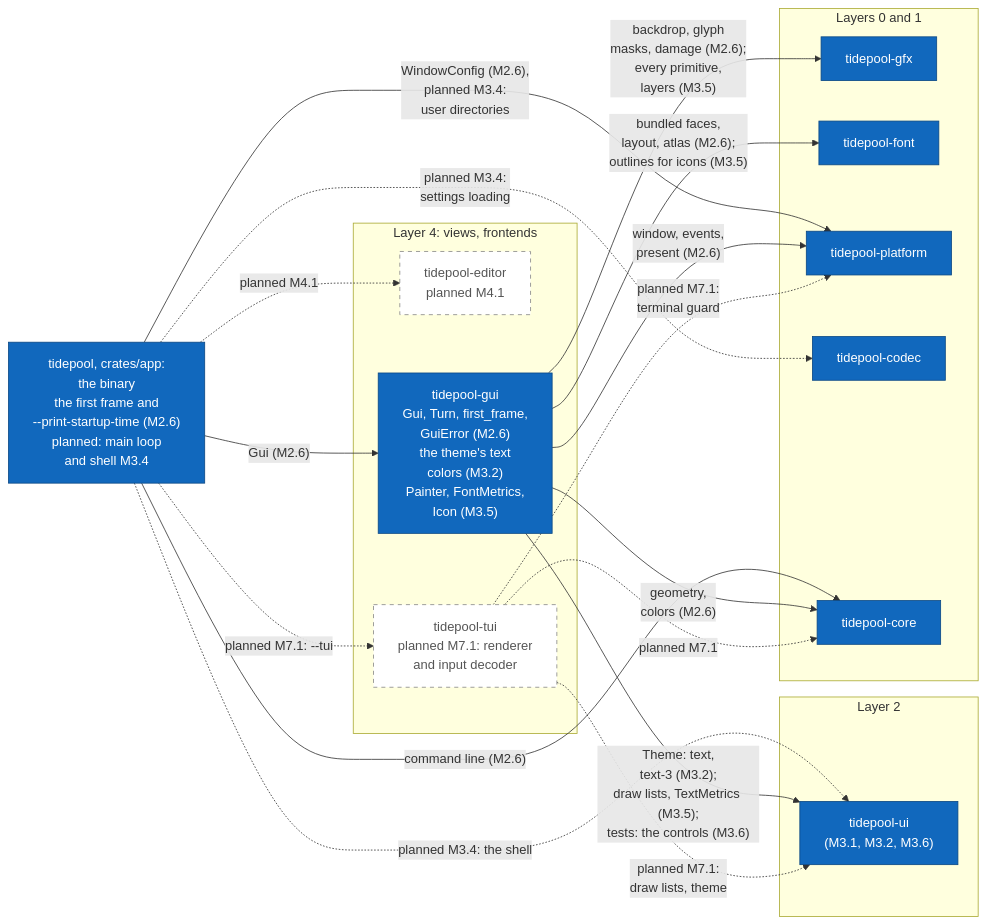
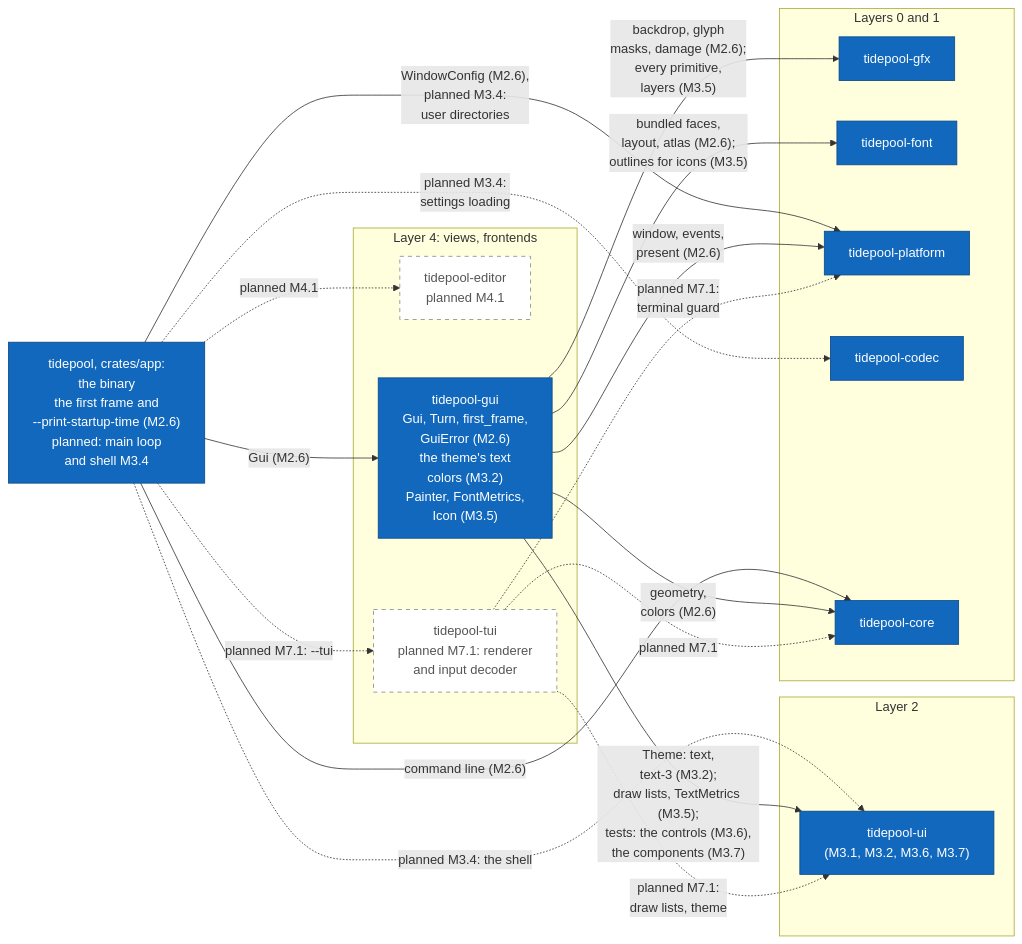
The tenth of 17 diagrams in diagrams/c4-architecture.md (jabbott-iii/Tidepool), drawn with Mermaid before and after one commit. The commit also changed other lines of this file and 55 other files, not shown here.

````diff
--- a/diagrams/c4-architecture.md
+++ b/diagrams/c4-architecture.md
@@ -536,40 +538,40 @@
 ```mermaid
 flowchart LR
     k_app["tidepool, crates/app:<br/>the binary<br/>the first frame and<br/>--print-startup-time (M2.6)<br/>planned: main loop<br/>and shell M3.4"]
     subgraph L4["Layer 4: views, frontends"]
         k_editor["tidepool-editor<br/>planned M4.1"]
         k_gui["tidepool-gui<br/>Gui, Turn, first_frame,<br/>GuiError (M2.6)<br/>the theme's text<br/>colors (M3.2)<br/>Painter, FontMetrics,<br/>Icon (M3.5)"]
         k_tui["tidepool-tui<br/>planned M7.1: renderer<br/>and input decoder"]
     end
     subgraph L2["Layer 2"]
-        k_ui["tidepool-ui<br/>(M3.1, M3.2, M3.6)"]
+        k_ui["tidepool-ui<br/>(M3.1, M3.2, M3.6, M3.7)"]
     end
     subgraph L01["Layers 0 and 1"]
         k_gfx["tidepool-gfx"]
         k_font["tidepool-font"]
         k_platform["tidepool-platform"]
         k_codec["tidepool-codec"]
         k_core["tidepool-core"]
     end
 
     k_app -->|"Gui (M2.6)"| k_gui
     k_app -.->|"planned M7.1: --tui"| k_tui
     k_app -.->|"planned M4.1"| k_editor
     k_app -.->|"planned M3.4: the shell"| k_ui
     k_app -.->|"planned M3.4:<br/>settings loading"| k_codec
     k_app -->|"WindowConfig (M2.6),<br/>planned M3.4:<br/>user directories"| k_platform
     k_app -->|"command line (M2.6)"| k_core
     k_gui -->|"geometry,<br/>colors (M2.6)"| k_core
     k_gui -->|"window, events,<br/>present (M2.6)"| k_platform
     k_gui -->|"backdrop, glyph<br/>masks, damage (M2.6);<br/>every primitive,<br/>layers (M3.5)"| k_gfx
     k_gui -->|"bundled faces,<br/>layout, atlas (M2.6);<br/>outlines for icons (M3.5)"| k_font
-    k_gui -->|"Theme: text,<br/>text-3 (M3.2);<br/>draw lists, TextMetrics (M3.5);<br/>tests: the controls (M3.6)"| k_ui
+    k_gui -->|"Theme: text,<br/>text-3 (M3.2);<br/>draw lists, TextMetrics (M3.5);<br/>tests: the controls (M3.6),<br/>the components (M3.7)"| k_ui
     k_tui -.->|"planned M7.1"| k_core
     k_tui -.->|"planned M7.1:<br/>terminal guard"| k_platform
     k_tui -.->|"planned M7.1:<br/>draw lists, theme"| k_ui
 
     classDef built fill:#1168bd,stroke:#0b4884,color:#ffffff
     classDef planned fill:#ffffff,stroke:#888888,stroke-dasharray: 5 5,color:#555555
     class k_app,k_gui,k_platform,k_codec,k_gfx,k_font,k_core,k_ui built
     class k_editor,k_tui planned
 ```
````
